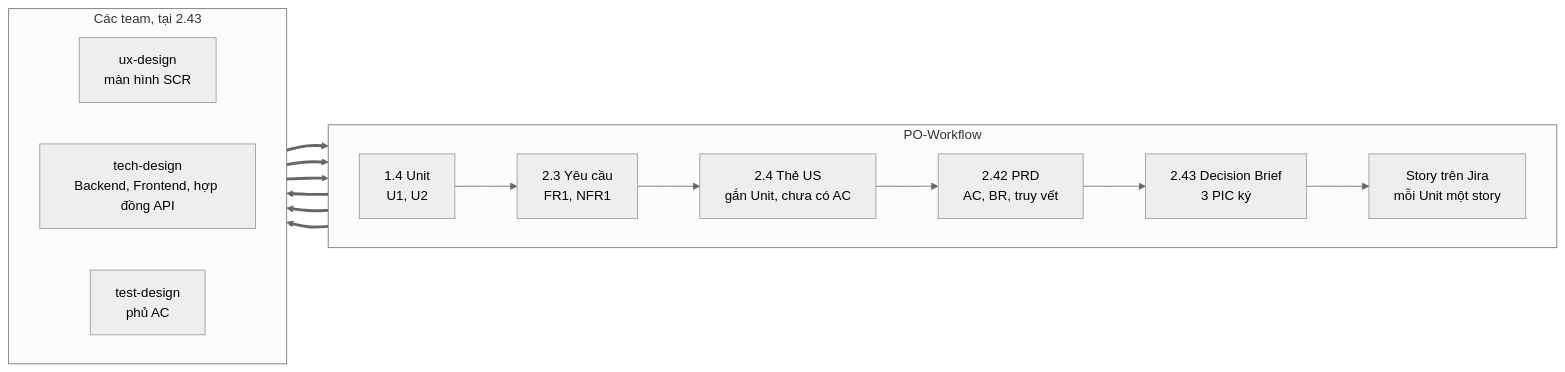
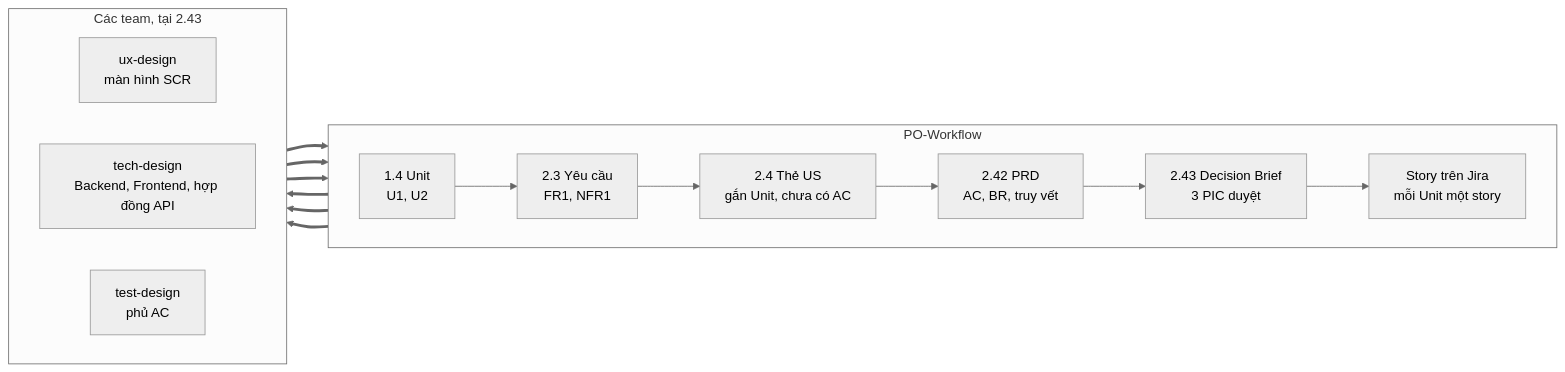
The second of 2 diagrams in README.md (buidhui/po_workflow), drawn with Mermaid (neutral theme) before and after one commit. The commit also changed other lines of this file and 21 other files, not shown here.

Commit message:
Use 'approve' wording for PIC sign-off on Decision Brief

````diff
--- a/README.md
+++ b/README.md
@@ -180,23 +180,23 @@
 ```mermaid
 flowchart LR
     subgraph PO["PO-Workflow"]
         direction LR
         S14["1.4 Unit<br/>U1, U2"] --> S23["2.3 Yêu cầu<br/>FR1, NFR1"]
         S23 --> S24["2.4 Thẻ US<br/>gắn Unit, chưa có AC"]
         S24 --> S242["2.42 PRD<br/>AC, BR, truy vết"]
-        S242 --> DB["2.43 Decision Brief<br/>3 PIC ký"]
+        S242 --> DB["2.43 Decision Brief<br/>3 PIC duyệt"]
         DB --> ST["Story trên Jira<br/>mỗi Unit một story"]
     end
     subgraph TEAMS["Các team, tại 2.43"]
         direction LR
         D["ux-design<br/>màn hình SCR"]
         T["tech-design<br/>Backend, Frontend, hợp đồng API"]
         Q["test-design<br/>phủ AC"]
     end
     S242 ==> D
     S242 ==> T
     S242 ==> Q
     D ==> DB
     T ==> DB
     Q ==> DB
 ```
````
